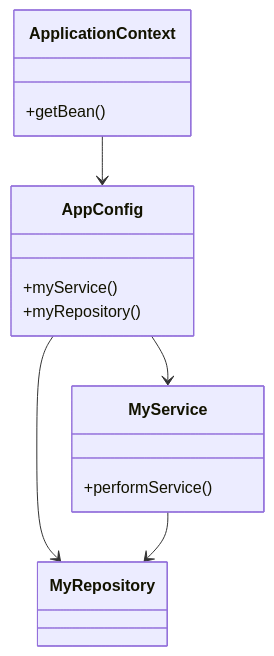
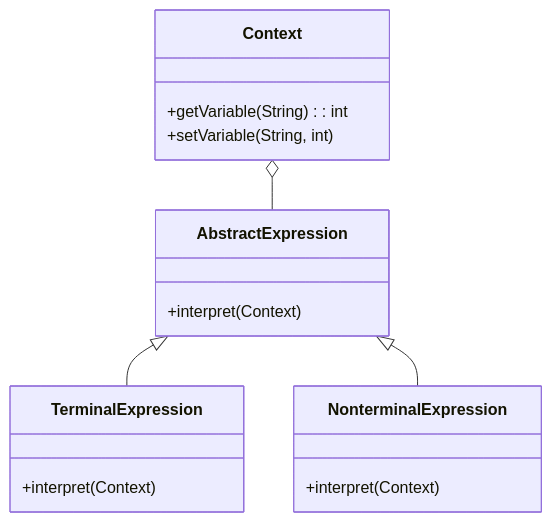
Before and after one commit to MasteryEducation/SoftwarePatternsLexicon.com: the diagram in content/patterns-java/8/4/1/index.md, drawn with Mermaid. The commit also changed other lines of this file and 883 other files, not shown here.

````diff
--- a/content/patterns-java/8/4/1/index.md
+++ b/content/patterns-java/8/4/1/index.md
@@ -211,18 +44,19 @@
 ```mermaid
 classDiagram
-    class ApplicationContext {
-        +getBean()
+    class AbstractExpression {
+        +interpret(Context)
     }
-    class AppConfig {
-        +myService()
-        +myRepository()
+    class TerminalExpression {
+        +interpret(Context)
     }
-    class MyService {
-        +performService()
+    class NonterminalExpression {
+        +interpret(Context)
     }
-    class MyRepository
-    ApplicationContext --> AppConfig
-    AppConfig --> MyService
-    AppConfig --> MyRepository
-    MyService --> MyRepository
+    class Context {
+        +getVariable(String): int
+        +setVariable(String, int)
+    }
+    AbstractExpression <|-- TerminalExpression
+    AbstractExpression <|-- NonterminalExpression
+    Context o-- AbstractExpression
 ```
````
